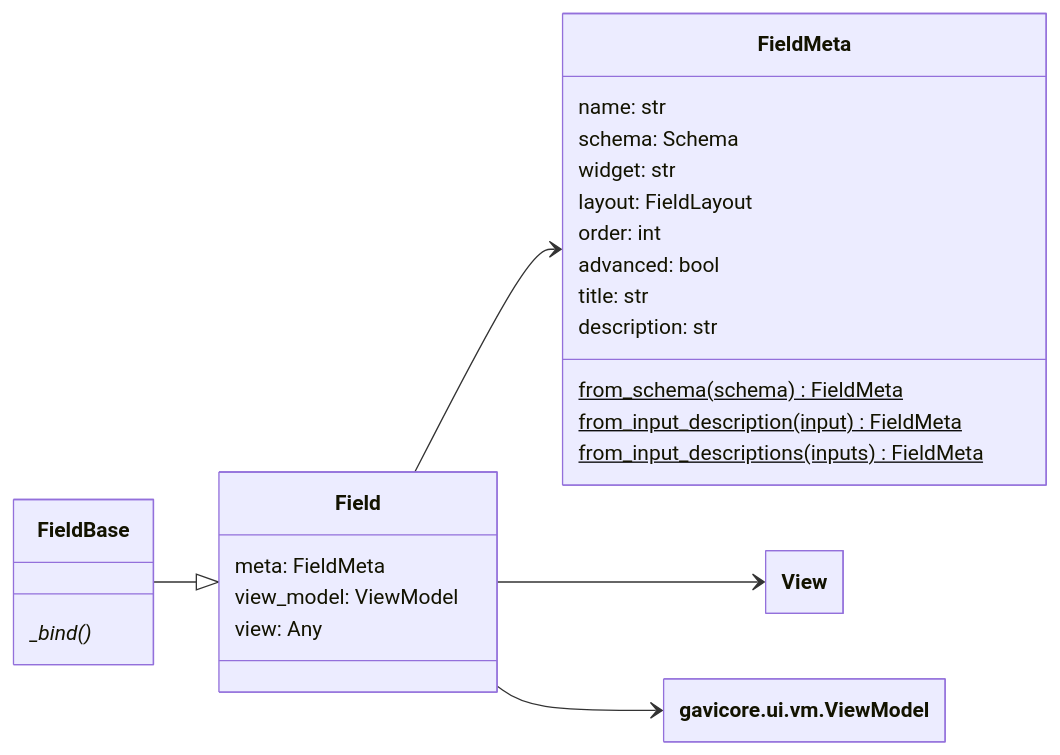
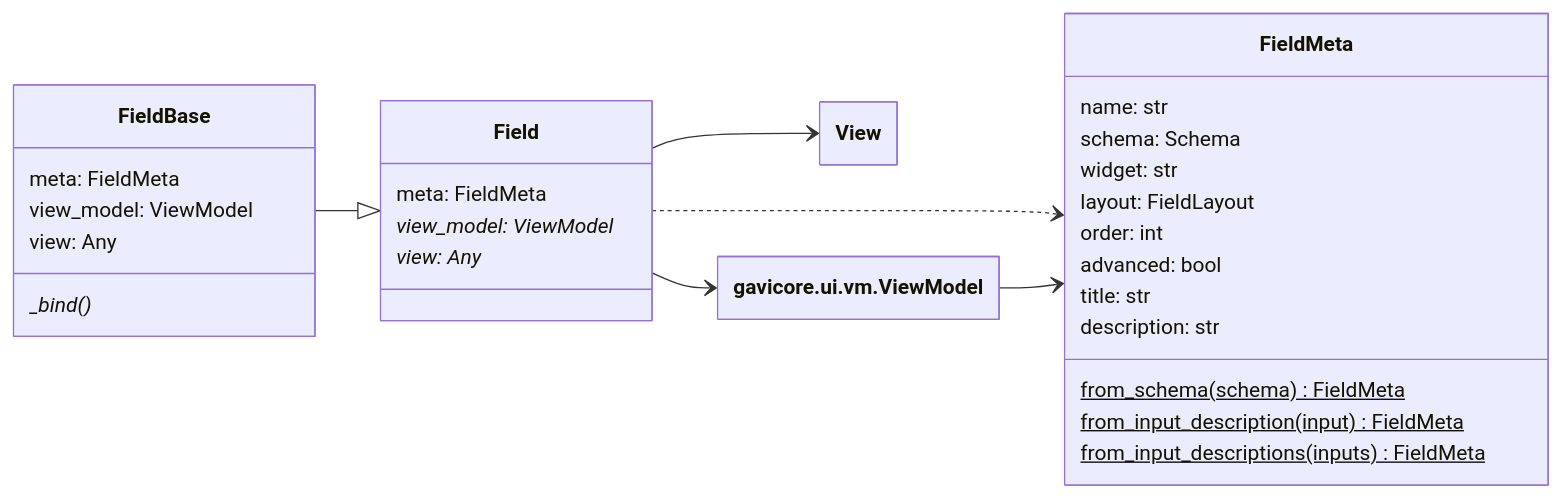
Before and after one commit to eo-tools/eozilla: the first of 3 diagrams in docs/gavicore/ui/description.md, drawn with Mermaid. The commit also changed other lines of this file and 1 other file, not shown here.

Commit message:
fixed inclusion of notebooks in docs; using latest mermaid; updated some class diagrams

````diff
--- a/docs/gavicore/ui/description.md
+++ b/docs/gavicore/ui/description.md
@@ -68,40 +68,46 @@
 ```mermaid
 ---
 config:
     class:
         hideEmptyMembersBox: true
     theme: default
 ---
 classDiagram
     direction LR
-    
-    Field --> FieldMeta
+
+    Field ..> FieldMeta
     Field --> View
     Field --> gavicore.ui.vm.ViewModel
     FieldBase --|> Field
+    
+    gavicore.ui.vm.ViewModel --> FieldMeta
+    
+    class Field {    
+        meta: FieldMeta
+        view_model: ViewModel*
+        view: Any*
+    }
 
-    class Field {
+    
+    class FieldBase {
         meta: FieldMeta
         view_model: ViewModel
         view: Any
-    }
-    
-    class FieldBase {
         _bind()*
     }
 
     class FieldMeta {
         name: str
         schema: Schema
         widget: str
         layout: FieldLayout
         order: int
         advanced: bool
         title: str
         description: str
         
         from_schema(schema)$ FieldMeta
         from_input_description(input)$ FieldMeta
         from_input_descriptions(inputs)$ FieldMeta
     }
 ```
````
